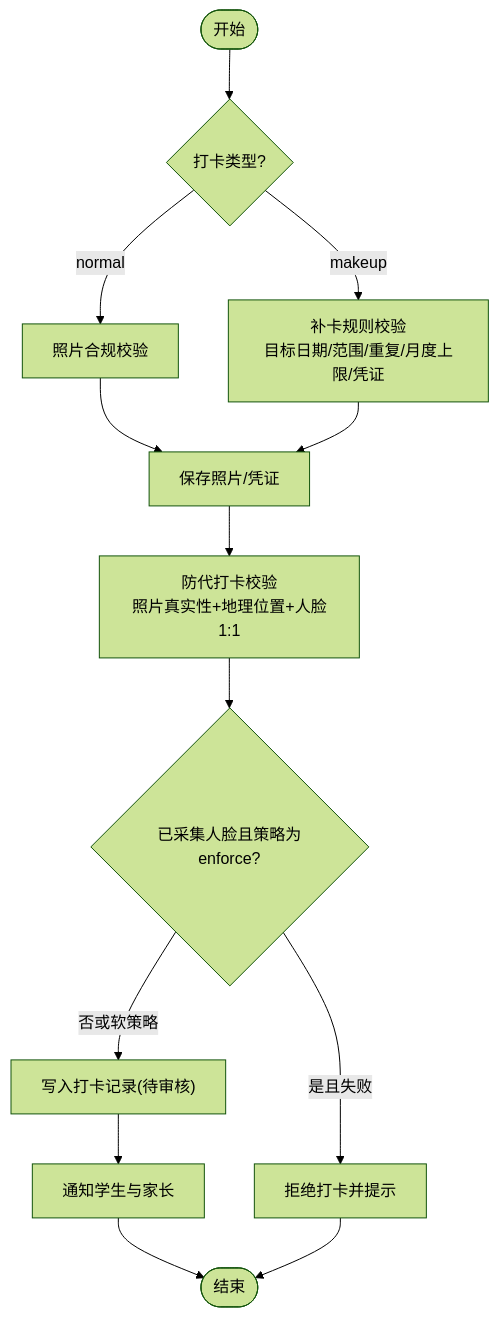
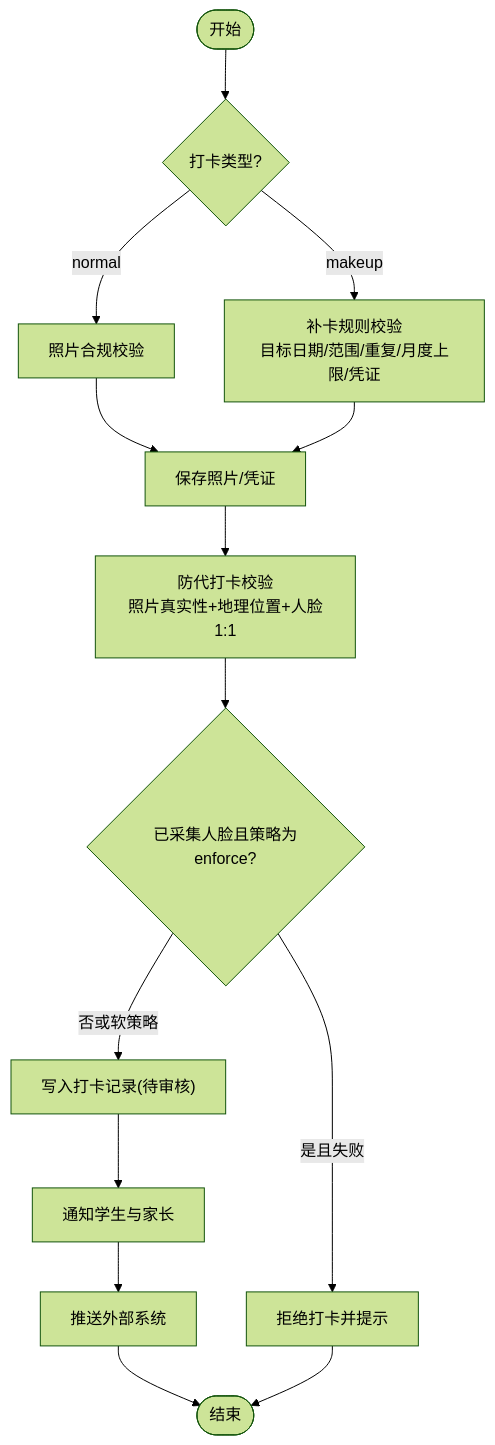
Before and after one commit to onebody/homework: the sixth of 12 diagrams in .qoder/repowiki/zh/content/暑假作业打卡系统/核心业务功能/打卡管理系统.md, drawn with Mermaid (forest theme). The commit also changed other lines of this file and 16 other files, not shown here.

````diff
--- a/.qoder/repowiki/zh/content/暑假作业打卡系统/核心业务功能/打卡管理系统.md
+++ b/.qoder/repowiki/zh/content/暑假作业打卡系统/核心业务功能/打卡管理系统.md
@@ -228,15 +345,16 @@
 ```mermaid
 flowchart TD
 Start(["开始"]) --> Type{"打卡类型?"}
 Type --> |normal| PhotoCheck["照片合规校验"]
 Type --> |makeup| MakeupRules["补卡规则校验<br/>目标日期/范围/重复/月度上限/凭证"]
 PhotoCheck --> SavePhoto["保存照片/凭证"]
 MakeupRules --> SavePhoto
 SavePhoto --> Verify["防代打卡校验<br/>照片真实性+地理位置+人脸1:1"]
 Verify --> FacePolicy{"已采集人脸且策略为enforce?"}
 FacePolicy --> |是且失败| Reject["拒绝打卡并提示"]
 FacePolicy --> |否或软策略| Record["写入打卡记录(待审核)"]
 Record --> Notify["通知学生与家长"]
-Notify --> End(["结束"])
+Notify --> Push["推送外部系统"]
+Push --> End(["结束"])
 Reject --> End
 ```
````
